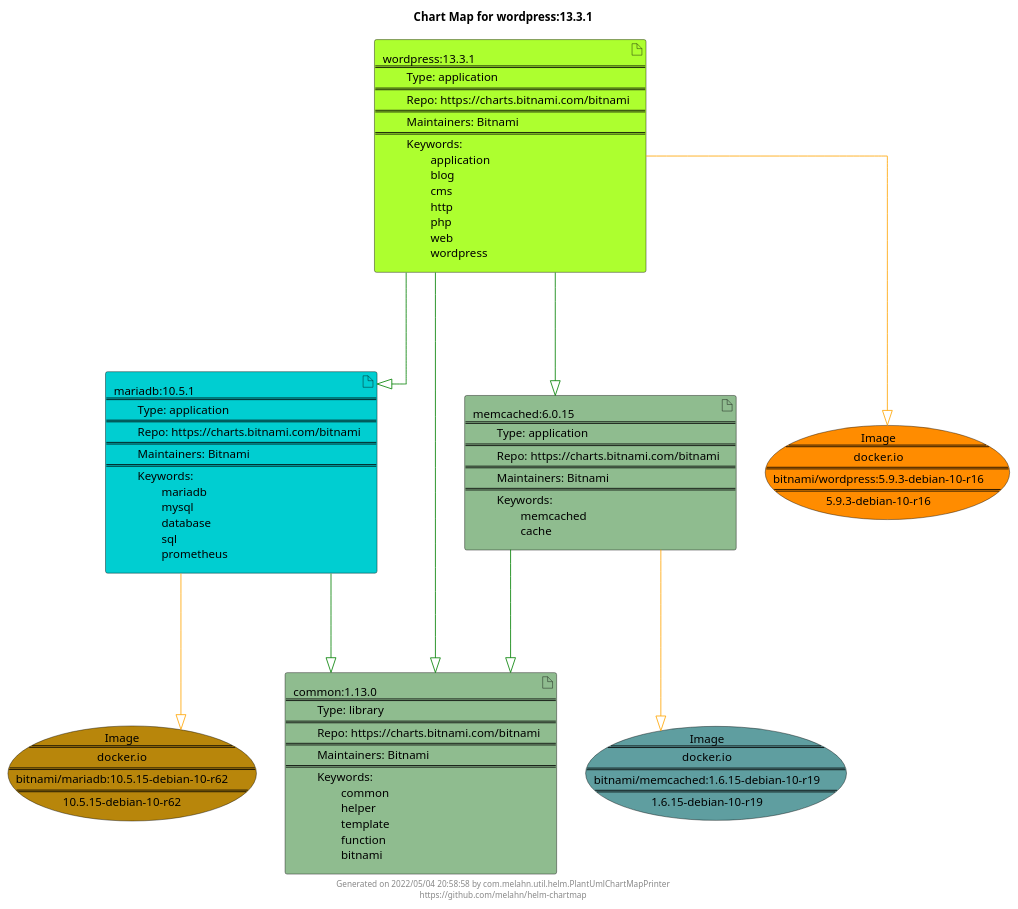
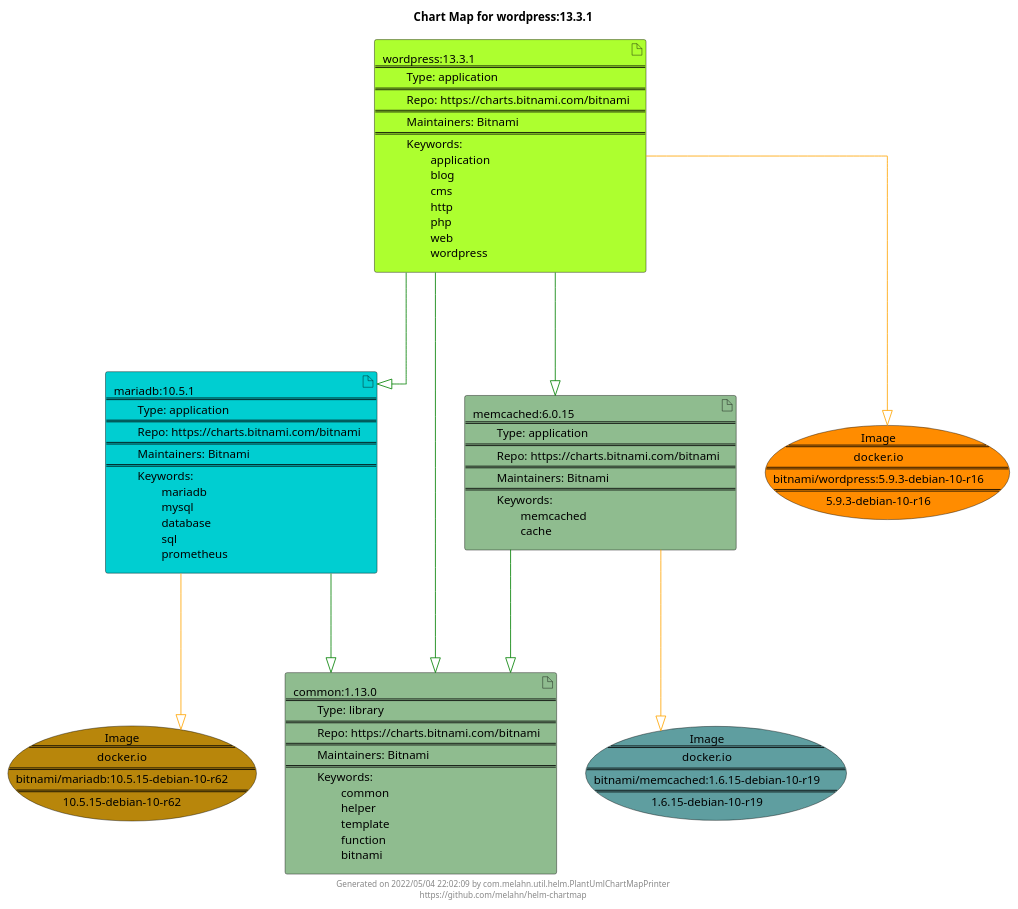
The diagram in docs/wordpress/wordpress-13.3.1.puml (melahn/helm-chartmap), drawn with PlantUML before and after one commit. The commit also changed 63 other files, not shown here.

Commit message:
Update Example Chart Maps as part of GitHub build

```diff
--- a/docs/wordpress/wordpress-13.3.1.puml
+++ b/docs/wordpress/wordpress-13.3.1.puml
@@ -1,33 +1,33 @@
 @startuml
 skinparam linetype ortho
 skinparam backgroundColor white
 skinparam usecaseBorderColor black
 skinparam usecaseArrowColor LightSlateGray
 skinparam artifactBorderColor black
 skinparam artifactArrowColor LightSlateGray
 
 title Chart Map for wordpress:13.3.1
 
 'There are 4 referenced Helm Charts
 artifact "wordpress:13.3.1\n====\n\tType: application\n====\n\tRepo: https://charts.bitnami.com/bitnami\n====\n\tMaintainers: Bitnami\n====\n\tKeywords: \n\t\tapplication\n\t\tblog\n\t\tcms\n\t\thttp\n\t\tphp\n\t\tweb\n\t\twordpress" as wordpress_13_3_1 #GreenYellow
 artifact "common:1.13.0\n====\n\tType: library\n====\n\tRepo: https://charts.bitnami.com/bitnami\n====\n\tMaintainers: Bitnami\n====\n\tKeywords: \n\t\tcommon\n\t\thelper\n\t\ttemplate\n\t\tfunction\n\t\tbitnami" as common_1_13_0 #DarkSeaGreen
 artifact "mariadb:10.5.1\n====\n\tType: application\n====\n\tRepo: https://charts.bitnami.com/bitnami\n====\n\tMaintainers: Bitnami\n====\n\tKeywords: \n\t\tmariadb\n\t\tmysql\n\t\tdatabase\n\t\tsql\n\t\tprometheus" as mariadb_10_5_1 #DarkTurquoise
 artifact "memcached:6.0.15\n====\n\tType: application\n====\n\tRepo: https://charts.bitnami.com/bitnami\n====\n\tMaintainers: Bitnami\n====\n\tKeywords: \n\t\tmemcached\n\t\tcache" as memcached_6_0_15 #DarkSeaGreen
 
 'There are 3 referenced Docker Images
 usecase "Image\n====\ndocker.io\n====\nbitnami/memcached:1.6.15-debian-10-r19\n====\n1.6.15-debian-10-r19" as docker_io_bitnami_memcached_1_6_15_debian_10_r19 #CadetBlue
 usecase "Image\n====\ndocker.io\n====\nbitnami/mariadb:10.5.15-debian-10-r62\n====\n10.5.15-debian-10-r62" as docker_io_bitnami_mariadb_10_5_15_debian_10_r62 #DarkGoldenRod
 usecase "Image\n====\ndocker.io\n====\nbitnami/wordpress:5.9.3-debian-10-r16\n====\n5.9.3-debian-10-r16" as docker_io_bitnami_wordpress_5_9_3_debian_10_r16 #Darkorange
 
 'Chart Dependencies
+wordpress_13_3_1--[#green]-|>memcached_6_0_15
+memcached_6_0_15--[#green]-|>common_1_13_0
 wordpress_13_3_1--[#green]-|>mariadb_10_5_1
 mariadb_10_5_1--[#green]-|>common_1_13_0
-wordpress_13_3_1--[#green]-|>memcached_6_0_15
-memcached_6_0_15--[#green]-|>common_1_13_0
 wordpress_13_3_1--[#green]-|>common_1_13_0
 wordpress_13_3_1--[#orange]-|>docker_io_bitnami_wordpress_5_9_3_debian_10_r16
 mariadb_10_5_1--[#orange]-|>docker_io_bitnami_mariadb_10_5_15_debian_10_r62
 memcached_6_0_15--[#orange]-|>docker_io_bitnami_memcached_1_6_15_debian_10_r19
 
-center footer Generated on 2022/05/04 20:58:58 by com.melahn.util.helm.PlantUmlChartMapPrinter\nhttps://github.com/melahn/helm-chartmap
+center footer Generated on 2022/05/04 22:02:09 by com.melahn.util.helm.PlantUmlChartMapPrinter\nhttps://github.com/melahn/helm-chartmap
 @enduml
```
